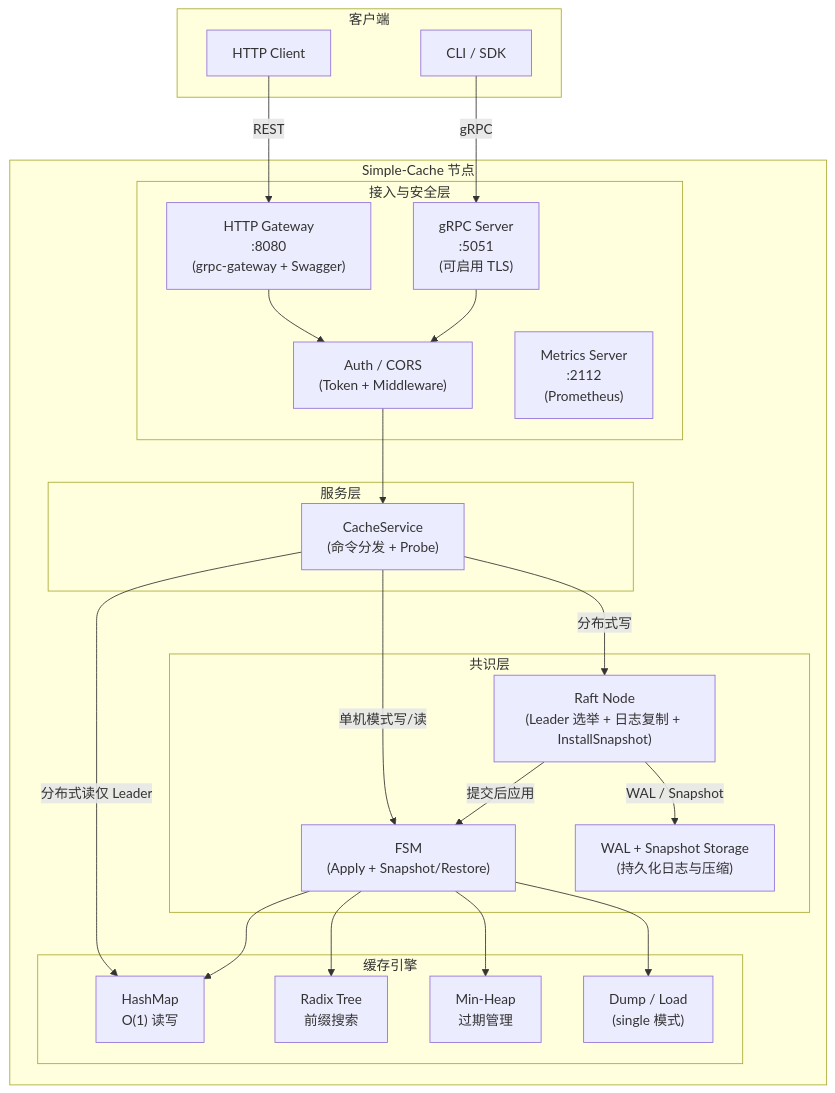
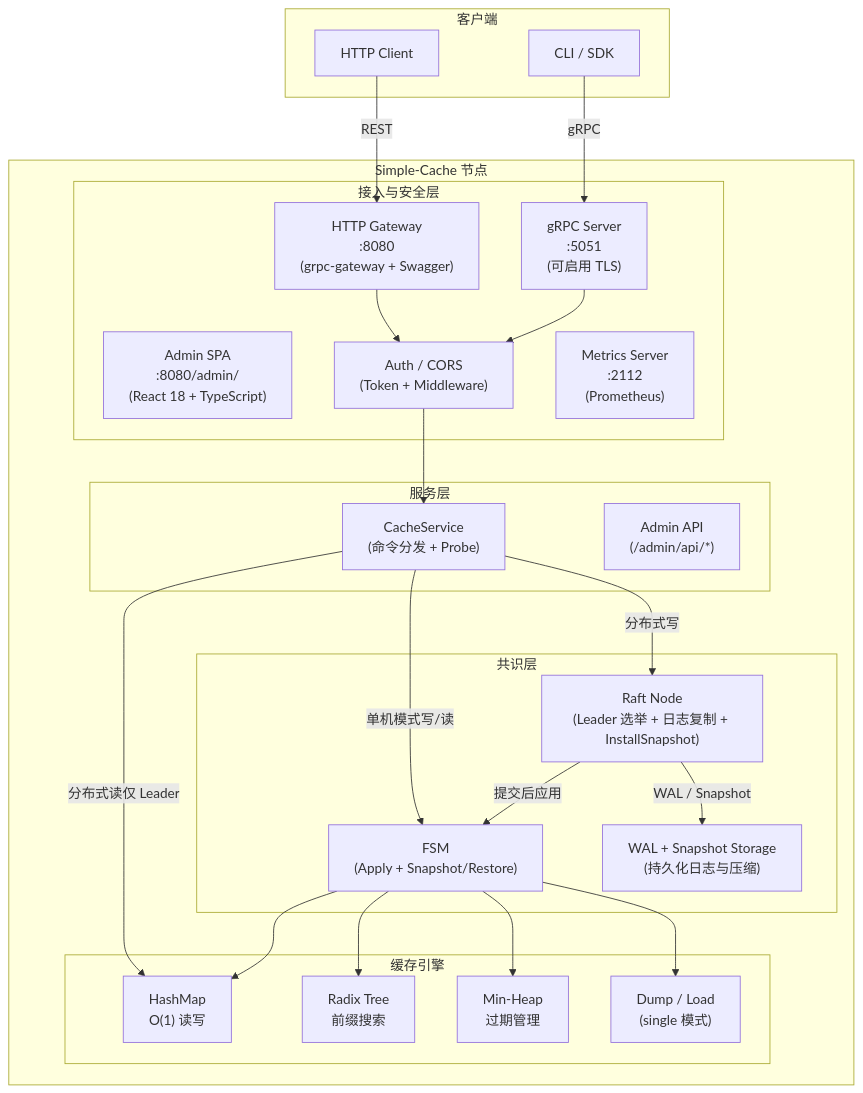
Before and after one commit to lushenle/simple-cache: the first of 7 diagrams in README.md, drawn with Mermaid. The commit also changed other lines of this file and 10706 other files, not shown here.

````diff
--- a/README.md
+++ b/README.md
@@ -88,48 +96,50 @@
 ```mermaid
 graph TB
     subgraph 客户端
         CLI["CLI / SDK"]
         HTTP_C["HTTP Client"]
     end
 
     subgraph "Simple-Cache 节点"
         subgraph "接入与安全层"
             GW["HTTP Gateway<br/>:8080<br/>(grpc-gateway + Swagger)"]
+            ADMIN["Admin SPA<br/>:8080/admin/<br/>(React 18 + TypeScript)"]
             GRPC["gRPC Server<br/>:5051<br/>(可启用 TLS)"]
             AUTH["Auth / CORS<br/>(Token + Middleware)"]
             METRICS["Metrics Server<br/>:2112<br/>(Prometheus)"]
         end
 
         subgraph "服务层"
             SVC["CacheService<br/>(命令分发 + Probe)"]
+            ADMIN_API["Admin API<br/>(/admin/api/*)"]
         end
 
         subgraph "共识层"
             FSM["FSM<br/>(Apply + Snapshot/Restore)"]
             RAFT["Raft Node<br/>(Leader 选举 + 日志复制 + InstallSnapshot)"]
             STORE["WAL + Snapshot Storage<br/>(持久化日志与压缩)"]
         end
 
         subgraph "缓存引擎"
             MAP["HashMap<br/>O(1) 读写"]
             TREE["Radix Tree<br/>前缀搜索"]
             HEAP["Min-Heap<br/>过期管理"]
             PERSIST["Dump / Load<br/>(single 模式)"]
         end
     end
 
     CLI -->|gRPC| GRPC
     HTTP_C -->|REST| GW
     GW --> AUTH
     GRPC --> AUTH
     AUTH --> SVC
     SVC -->|单机模式写/读| FSM
     SVC -->|分布式写| RAFT
     SVC -->|分布式读仅 Leader| MAP
     RAFT -->|WAL / Snapshot| STORE
     RAFT -->|提交后应用| FSM
     FSM --> MAP
     FSM --> TREE
     FSM --> HEAP
     FSM --> PERSIST
 ```
````
